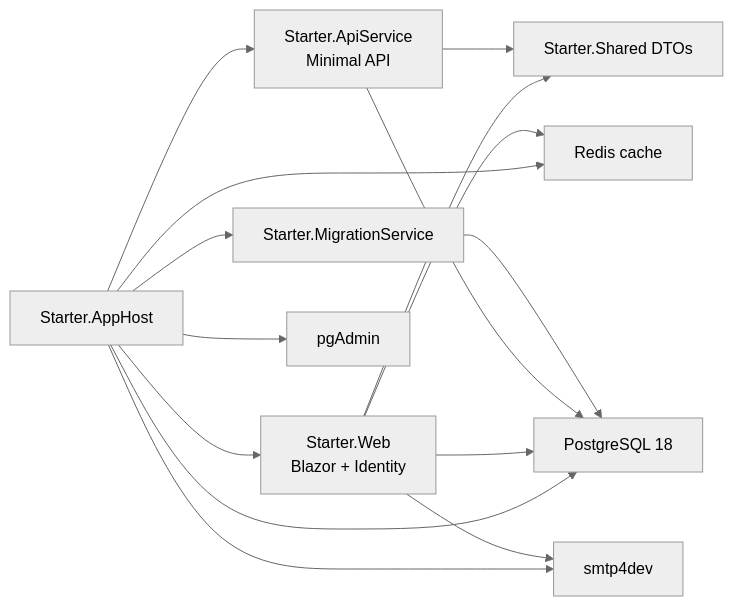
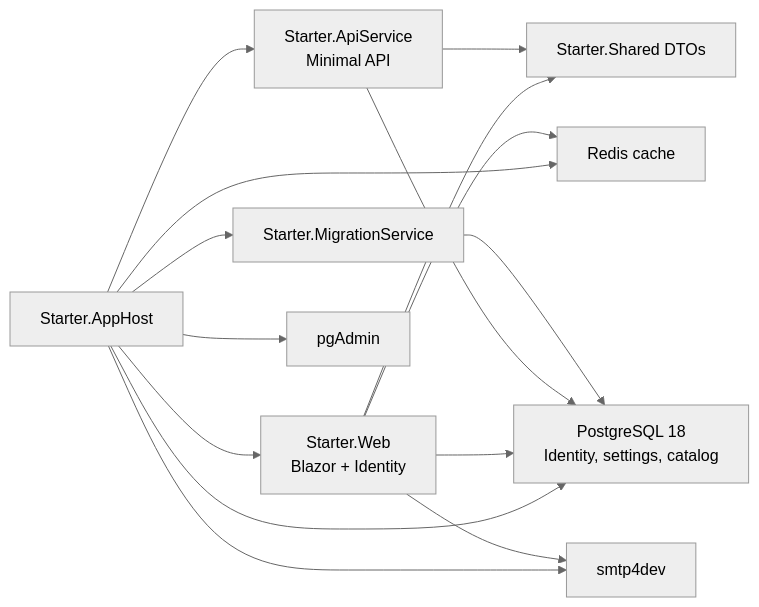
The diagram in README.md (vwzhang/Starter), drawn with Mermaid (neutral theme) before and after one commit. The commit also changed other lines of this file and 27 other files, not shown here.

````diff
--- a/README.md
+++ b/README.md
@@ -35,18 +35,18 @@
 ```mermaid
 flowchart LR
     AppHost["Starter.AppHost"] --> Web["Starter.Web<br/>Blazor + Identity"]
     AppHost --> Api["Starter.ApiService<br/>Minimal API"]
     AppHost --> Migrations["Starter.MigrationService"]
     AppHost --> Redis["Redis cache"]
-    AppHost --> Postgres["PostgreSQL 18"]
+    AppHost --> Postgres["PostgreSQL 18<br/>Identity, settings, catalog"]
     AppHost --> PgAdmin["pgAdmin"]
     AppHost --> Smtp["smtp4dev"]
 
     Web --> Shared["Starter.Shared DTOs"]
     Api --> Shared
     Web --> Postgres
     Api --> Postgres
     Migrations --> Postgres
     Web --> Redis
     Web --> Smtp
 ```
````
